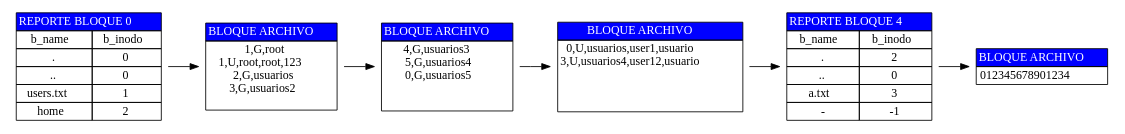
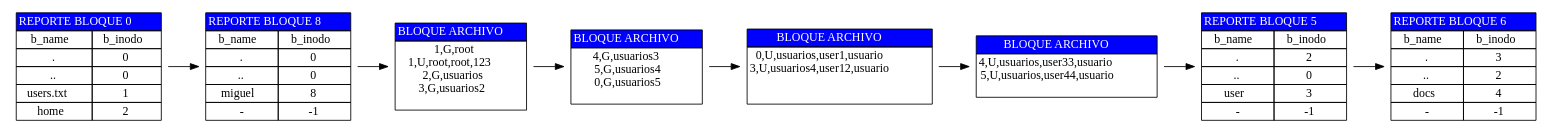
One commit to miguel-tubac/MIA_1S2025_P1_202101927 changed the diagram in server/src/salida/block.dot. Above: the diagram before and after it, drawn with Graphviz. The commit also changed 10 other files, not shown here.

```diff
--- a/server/src/salida/block.dot
+++ b/server/src/salida/block.dot
@@ -1,41 +1,59 @@
 digraph G {
 	rankdir=LR;
 	node [shape=plaintext]
 	bloque0 [label=<
 							<table border="0" cellborder="1" cellspacing="0">
 							<tr><td colspan="2" bgcolor="#0000FF"><font color="white"> REPORTE BLOQUE 0 </font></td></tr>
 	<tr><td>b_name</td><td>b_inodo</td></tr>
 	<tr><td>.</td><td>0</td></tr>
 	<tr><td>..</td><td>0</td></tr>
 	<tr><td>users.txt</td><td>1</td></tr>
 	<tr><td>home</td><td>2</td></tr>	</table>>];
+bloque8 [label=<
+							<table border="0" cellborder="1" cellspacing="0">
+							<tr><td colspan="2" bgcolor="#0000FF"><font color="white"> REPORTE BLOQUE 8 </font></td></tr>
+	<tr><td>b_name</td><td>b_inodo</td></tr>
+	<tr><td>.</td><td>0</td></tr>
+	<tr><td>..</td><td>0</td></tr>
+	<tr><td>miguel</td><td>8</td></tr>
+	<tr><td>-</td><td>-1</td></tr>	</table>>];
 bloque1 [label=<
 					<table border="0" cellborder="1" cellspacing="0">
 		<tr><td colspan="2" bgcolor="#0000FF"><font color="white"> BLOQUE ARCHIVO </font></td></tr>
 		<tr><td colspan="2"> 1,G,root<br/>1,U,root,root,123<br/>2,G,usuarios<br/>3,G,usuarios2<br/> </td></tr>	</table>>];
 bloque2 [label=<
 					<table border="0" cellborder="1" cellspacing="0">
 		<tr><td colspan="2" bgcolor="#0000FF"><font color="white"> BLOQUE ARCHIVO </font></td></tr>
-		<tr><td colspan="2"> 4,G,usuarios3<br/>5,G,usuarios4<br/>0,G,usuarios5<br/><br/> </td></tr>	</table>>];
+		<tr><td colspan="2"> 4,G,usuarios3<br/>5,G,usuarios4<br/>0,G,usuarios5<br/> </td></tr>	</table>>];
 bloque3 [label=<
 					<table border="0" cellborder="1" cellspacing="0">
 		<tr><td colspan="2" bgcolor="#0000FF"><font color="white"> BLOQUE ARCHIVO </font></td></tr>
-		<tr><td colspan="2"> 0,U,usuarios,user1,usuario<br/>3,U,usuarios4,user12,usuario<br/><br/><br/> </td></tr>	</table>>];
+		<tr><td colspan="2"> 0,U,usuarios,user1,usuario<br/>3,U,usuarios4,user12,usuario<br/><br/> </td></tr>	</table>>];
 bloque4 [label=<
+					<table border="0" cellborder="1" cellspacing="0">
+		<tr><td colspan="2" bgcolor="#0000FF"><font color="white"> BLOQUE ARCHIVO </font></td></tr>
+		<tr><td colspan="2"> 4,U,usuarios,user33,usuario<br/>5,U,usuarios,user44,usuario<br/> </td></tr>	</table>>];
+bloque5 [label=<
 							<table border="0" cellborder="1" cellspacing="0">
-							<tr><td colspan="2" bgcolor="#0000FF"><font color="white"> REPORTE BLOQUE 4 </font></td></tr>
+							<tr><td colspan="2" bgcolor="#0000FF"><font color="white"> REPORTE BLOQUE 5 </font></td></tr>
 	<tr><td>b_name</td><td>b_inodo</td></tr>
 	<tr><td>.</td><td>2</td></tr>
 	<tr><td>..</td><td>0</td></tr>
-	<tr><td>a.txt</td><td>3</td></tr>
+	<tr><td>user</td><td>3</td></tr>
 	<tr><td>-</td><td>-1</td></tr>	</table>>];
-bloque5 [label=<
-					<table border="0" cellborder="1" cellspacing="0">
-		<tr><td colspan="2" bgcolor="#0000FF"><font color="white"> BLOQUE ARCHIVO </font></td></tr>
-		<tr><td colspan="2"> 012345678901234 </td></tr>	</table>>];
-bloque0 -> bloque1
+bloque6 [label=<
+							<table border="0" cellborder="1" cellspacing="0">
+							<tr><td colspan="2" bgcolor="#0000FF"><font color="white"> REPORTE BLOQUE 6 </font></td></tr>
+	<tr><td>b_name</td><td>b_inodo</td></tr>
+	<tr><td>.</td><td>3</td></tr>
+	<tr><td>..</td><td>2</td></tr>
+	<tr><td>docs</td><td>4</td></tr>
+	<tr><td>-</td><td>-1</td></tr>	</table>>];
+bloque0 -> bloque8
+bloque8 -> bloque1
 bloque1 -> bloque2
 bloque2 -> bloque3
 bloque3 -> bloque4
 bloque4 -> bloque5
+bloque5 -> bloque6
 }
```
